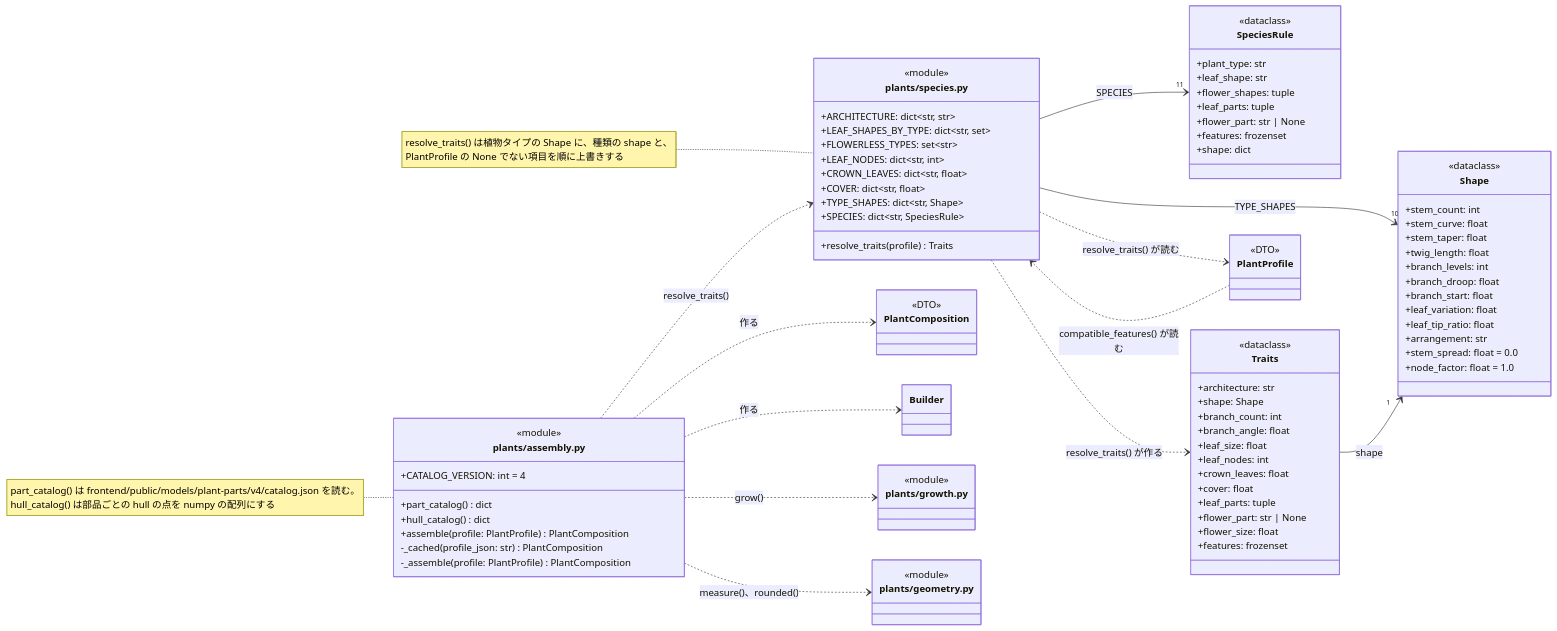
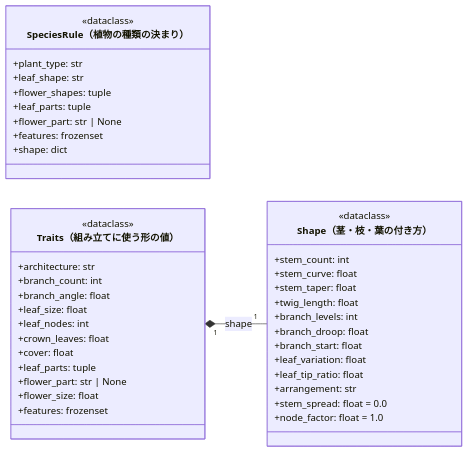
One commit to abeouga/kusakari-document changed the third of 7 diagrams in クラス図/kusakari-canvas/03_植物モデル.md. Above: the diagram before and after it, drawn with Mermaid. The commit also changed other lines of this file and 40 other files, not shown here.

Commit message:
Canvas のクラス図に全体図を足し、詳細図をデータとモジュールの図に分けて書き直す

````diff
--- a/クラス図/kusakari-canvas/03_植物モデル.md
+++ b/クラス図/kusakari-canvas/03_植物モデル.md
@@ -237,30 +296,32 @@
 ```mermaid
 classDiagram
     direction LR
-    class plants_assembly["plants/assembly.py"] {
-        <<module>>
-        +CATALOG_VERSION: int = 4
-        +part_catalog() dict
-        +hull_catalog() dict
-        +assemble(profile: PlantProfile) PlantComposition
-        -_cached(profile_json: str) PlantComposition
-        -_assemble(profile: PlantProfile) PlantComposition
+
+    class SpeciesRule["SpeciesRule（植物の種類の決まり）"] {
+        <<dataclass>>
+        +plant_type: str
+        +leaf_shape: str
+        +flower_shapes: tuple
+        +leaf_parts: tuple
+        +flower_part: str | None
+        +features: frozenset
+        +shape: dict
     }
-    note for plants_assembly "part_catalog() は frontend/public/models/plant-parts/v4/catalog.json を読む。<br/>hull_catalog() は部品ごとの hull の点を numpy の配列にする"
-    class plants_species["plants/species.py"] {
-        <<module>>
-        +ARCHITECTURE: dict~str#44; str~
-        +LEAF_SHAPES_BY_TYPE: dict~str#44; set~
-        +FLOWERLESS_TYPES: set~str~
-        +LEAF_NODES: dict~str#44; int~
-        +CROWN_LEAVES: dict~str#44; float~
-        +COVER: dict~str#44; float~
-        +TYPE_SHAPES: dict~str#44; Shape~
-        +SPECIES: dict~str#44; SpeciesRule~
-        +resolve_traits(profile) Traits
+    class Traits["Traits（組み立てに使う形の値）"] {
+        <<dataclass>>
+        +architecture: str
+        +branch_count: int
+        +branch_angle: float
+        +leaf_size: float
+        +leaf_nodes: int
+        +crown_leaves: float
+        +cover: float
+        +leaf_parts: tuple
+        +flower_part: str | None
+        +flower_size: float
+        +features: frozenset
     }
-    note for plants_species "resolve_traits() は植物タイプの Shape に、種類の shape と、<br/>PlantProfile の None でない項目を順に上書きする"
-    class Shape {
+    class Shape["Shape（茎・枝・葉の付き方）"] {
         <<dataclass>>
         +stem_count: int
         +stem_curve: float
@@ -275,50 +336,6 @@
         +stem_spread: float = 0.0
         +node_factor: float = 1.0
     }
-    class SpeciesRule {
-        <<dataclass>>
-        +plant_type: str
-        +leaf_shape: str
-        +flower_shapes: tuple
-        +leaf_parts: tuple
-        +flower_part: str | None
-        +features: frozenset
-        +shape: dict
-    }
-    class Traits {
-        <<dataclass>>
-        +architecture: str
-        +shape: Shape
-        +branch_count: int
-        +branch_angle: float
-        +leaf_size: float
-        +leaf_nodes: int
-        +crown_leaves: float
-        +cover: float
-        +leaf_parts: tuple
-        +flower_part: str | None
-        +flower_size: float
-        +features: frozenset
-    }
-    class PlantProfile
-    <<DTO>> PlantProfile
-    class PlantComposition
-    <<DTO>> PlantComposition
-    class Builder
-    class plants_growth["plants/growth.py"]
-    <<module>> plants_growth
-    class plants_geometry["plants/geometry.py"]
-    <<module>> plants_geometry
 
-    plants_assembly ..> plants_species : resolve_traits()
-    plants_assembly ..> Builder : 作る
-    plants_assembly ..> plants_growth : grow()
-    plants_assembly ..> plants_geometry : measure()、rounded()
-    plants_assembly ..> PlantComposition : 作る
-    plants_species --> "10" Shape : TYPE_SHAPES
-    plants_species --> "11" SpeciesRule : SPECIES
-    plants_species ..> Traits : resolve_traits() が作る
-    plants_species ..> PlantProfile : resolve_traits() が読む
-    Traits --> "1" Shape : shape
-    PlantProfile ..> plants_species : compatible_features() が読む
+    Traits "1" *-- "1" Shape : shape
 ```
````
